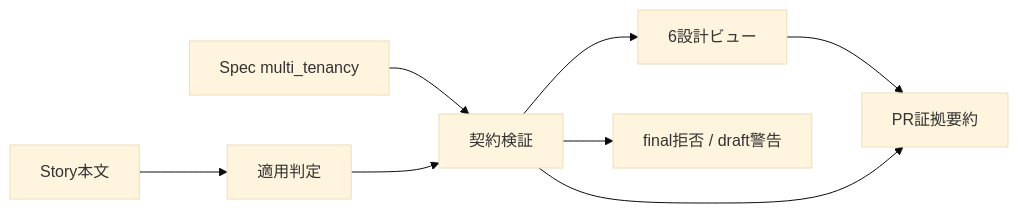
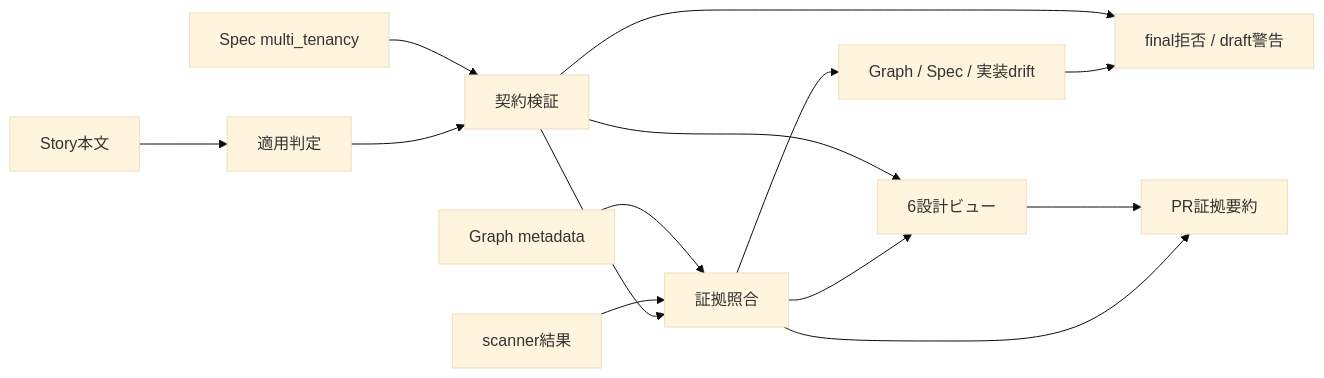
The diagram in docs/architecture/story-vibepro-multi-tenant-architecture-contract.md (Unson-LLC/vibepro), drawn with Mermaid (base theme) before and after one commit. The commit also changed other lines of this file and 22 other files, not shown here.

````diff
--- a/docs/architecture/story-vibepro-multi-tenant-architecture-contract.md
+++ b/docs/architecture/story-vibepro-multi-tenant-architecture-contract.md
@@ -22,10 +22,16 @@
 ```mermaid
 flowchart LR
   Story[Story本文] --> Applicability[適用判定]
   Spec[Spec multi_tenancy] --> Validator[契約検証]
+  Graph[Graph metadata] --> Scanner[証拠照合]
+  Scan[scanner結果] --> Scanner
   Applicability --> Validator
+  Validator --> Scanner
+  Scanner --> Drift[Graph / Spec / 実装drift]
   Validator --> Views[6設計ビュー]
+  Scanner --> Views
   Validator --> SpecResult[final拒否 / draft警告]
+  Drift --> SpecResult
   Views --> PR[PR証拠要約]
-  Validator --> PR
+  Scanner --> PR
 ```
````
